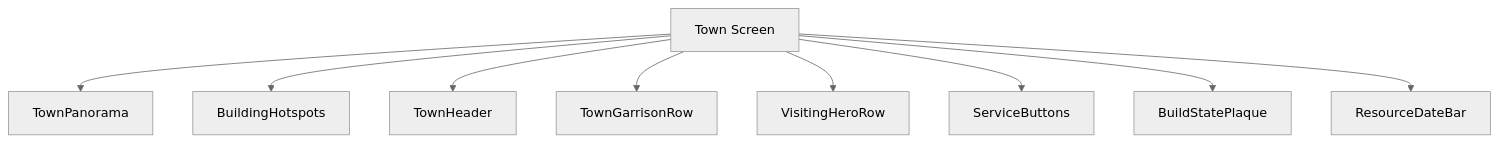
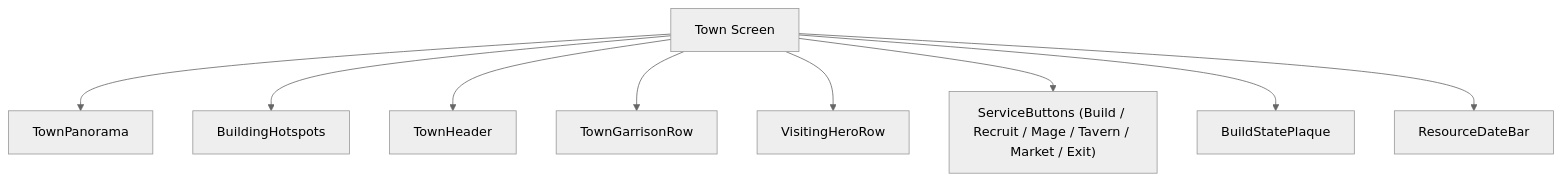
One commit to SunaNoOshiro/Heroes_Reforged_AI_Realms changed the first of 5 diagrams in docs/architecture/wiki/screens/24-town-screen/architecture.md. Above: the diagram before and after it, drawn with Mermaid (neutral theme). The commit also changed other lines of this file and 518 other files, not shown here.

First line of the commit message:
Add doc-audit skill and sweep architecture/screen docs

````diff
--- a/docs/architecture/wiki/screens/24-town-screen/architecture.md
+++ b/docs/architecture/wiki/screens/24-town-screen/architecture.md
@@ -16,20 +20,12 @@
 ```mermaid
 flowchart TD
   Root["Town Screen"]
-  C0["TownPanorama"]
-  Root --> C0
-  C1["BuildingHotspots"]
-  Root --> C1
-  C2["TownHeader"]
-  Root --> C2
-  C3["TownGarrisonRow"]
-  Root --> C3
-  C4["VisitingHeroRow"]
-  Root --> C4
-  C5["ServiceButtons"]
-  Root --> C5
-  C6["BuildStatePlaque"]
-  Root --> C6
-  C7["ResourceDateBar"]
-  Root --> C7
+  Root --> C0["TownPanorama"]
+  Root --> C1["BuildingHotspots"]
+  Root --> C2["TownHeader"]
+  Root --> C3["TownGarrisonRow"]
+  Root --> C4["VisitingHeroRow"]
+  Root --> C5["ServiceButtons (Build / Recruit / Mage / Tavern / Market / Exit)"]
+  Root --> C6["BuildStatePlaque"]
+  Root --> C7["ResourceDateBar"]
 ```
````
